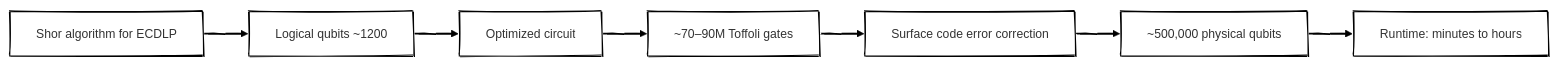
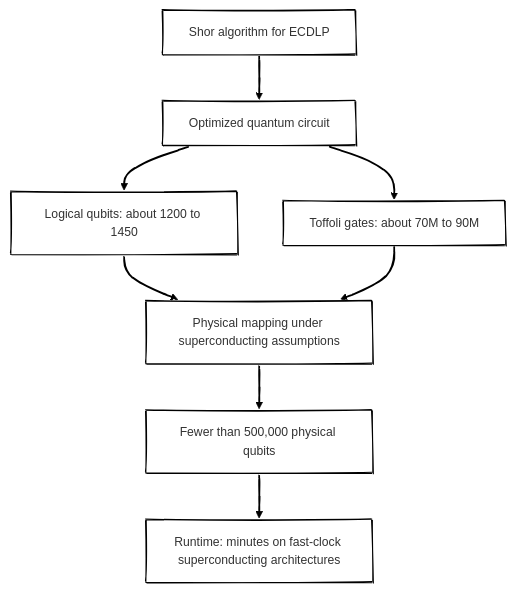
One commit to antomon/antomon.github.io changed the second of 4 diagrams in posts/quantum-cryptography-edge-feasibility-resource-estimates-architectural-divergence-systemic-risk/index.qmd. Above: the diagram before and after it, drawn with Mermaid. The commit also changed other lines of this file and 5 other files, not shown here.

````diff
--- a/posts/quantum-cryptography-edge-feasibility-resource-estimates-architectural-divergence-systemic-risk/index.qmd
+++ b/posts/quantum-cryptography-edge-feasibility-resource-estimates-architectural-divergence-systemic-risk/index.qmd
@@ -168,18 +152,22 @@
 ```{mermaid}
 %%| label: fig-google-resource-model
-%%| fig-cap: Mapping from Shor’s algorithm to physical resources under surface-code assumptions based on Google’s estimates
-%%| fig-alt: Flowchart from Shor algorithm to logical qubits, optimized circuit, Toffoli gates, surface code, physical qubits, and runtime
+%%| fig-cap: Mapping from Shor’s algorithm to physical resources under the superconducting assumptions stated in Google’s resource estimate
+%%| fig-alt: Flowchart from Shor algorithm to an optimized quantum circuit, logical qubits, Toffoli gates, physical mapping under superconducting assumptions, physical qubits, and runtime
 %%| fig-align: center
 %%{init: {"theme": "neo", "look": "handDrawn"}}%%
-flowchart LR
+flowchart TD
+    A[Shor algorithm for ECDLP]
+    B[Optimized quantum circuit]
+    C[Logical qubits: about 1200 to 1450]
+    D[Toffoli gates: about 70M to 90M]
+    E[Physical mapping under superconducting assumptions]
+    F[Fewer than 500,000 physical qubits]
+    G[Runtime: minutes on fast-clock superconducting architectures]
 
-    A[Shor algorithm for ECDLP]
-    B[Logical qubits ~1200]
-    C[Optimized circuit]
-    D[~70–90M Toffoli gates]
-    E[Surface code error correction]
-    F[~500,000 physical qubits]
-    G[Runtime: minutes to hours]
-
-    A --> B --> C --> D --> E --> F --> G
+    A --> B
+    B --> C
+    B --> D
+    C --> E
+    D --> E
+    E --> F --> G
 ```
````
